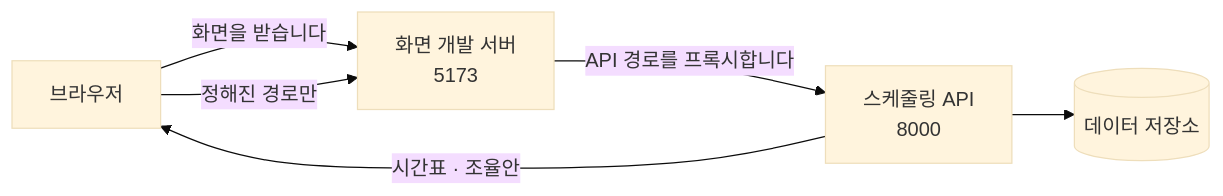
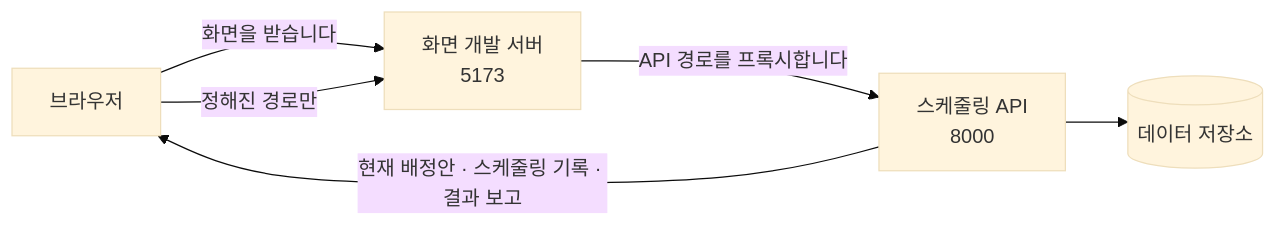
One commit to minkong-dev/Banblit changed the diagram in .cluedoc/screens/screens.md. Above: the diagram before and after it, drawn with Mermaid (base theme). The commit also changed other lines of this file and 5 other files, not shown here.

````diff
--- a/.cluedoc/screens/screens.md
+++ b/.cluedoc/screens/screens.md
@@ -52,8 +57,8 @@
 ```mermaid
 flowchart LR
     B[브라우저] -->|화면을 받습니다| W[화면 개발 서버<br/>5173]
     B -->|정해진 경로만| W
     W -->|API 경로를 프록시합니다| A[스케줄링 API<br/>8000]
     A --> D[(데이터 저장소)]
-    A -->|시간표 · 조율안| B
+    A -->|현재 배정안 · 스케줄링 기록 · 결과 보고| B
 ```
````
